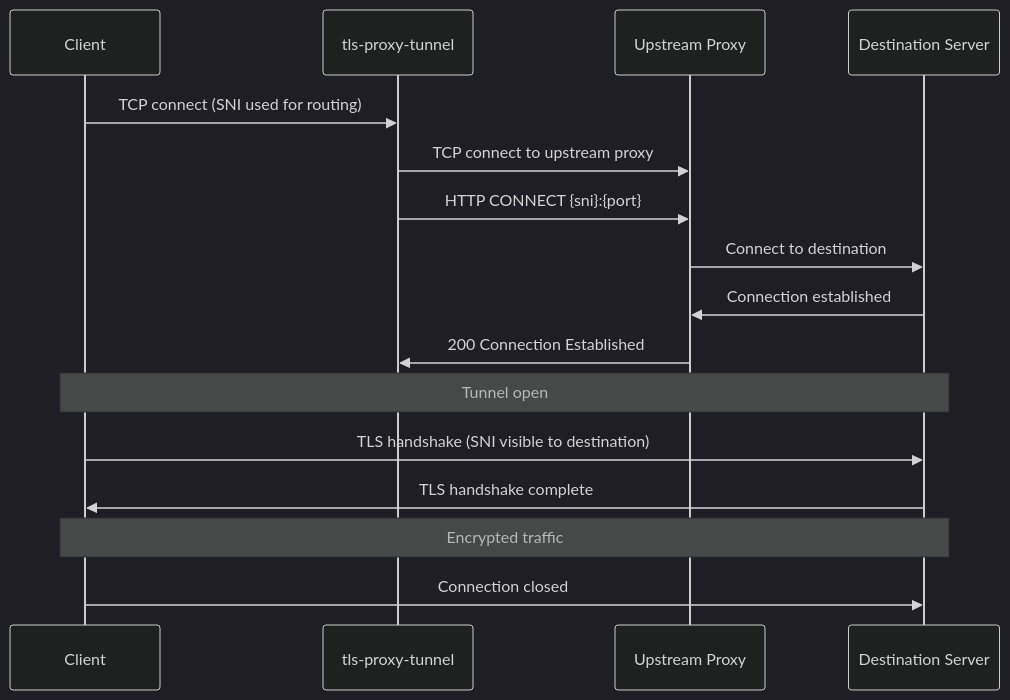
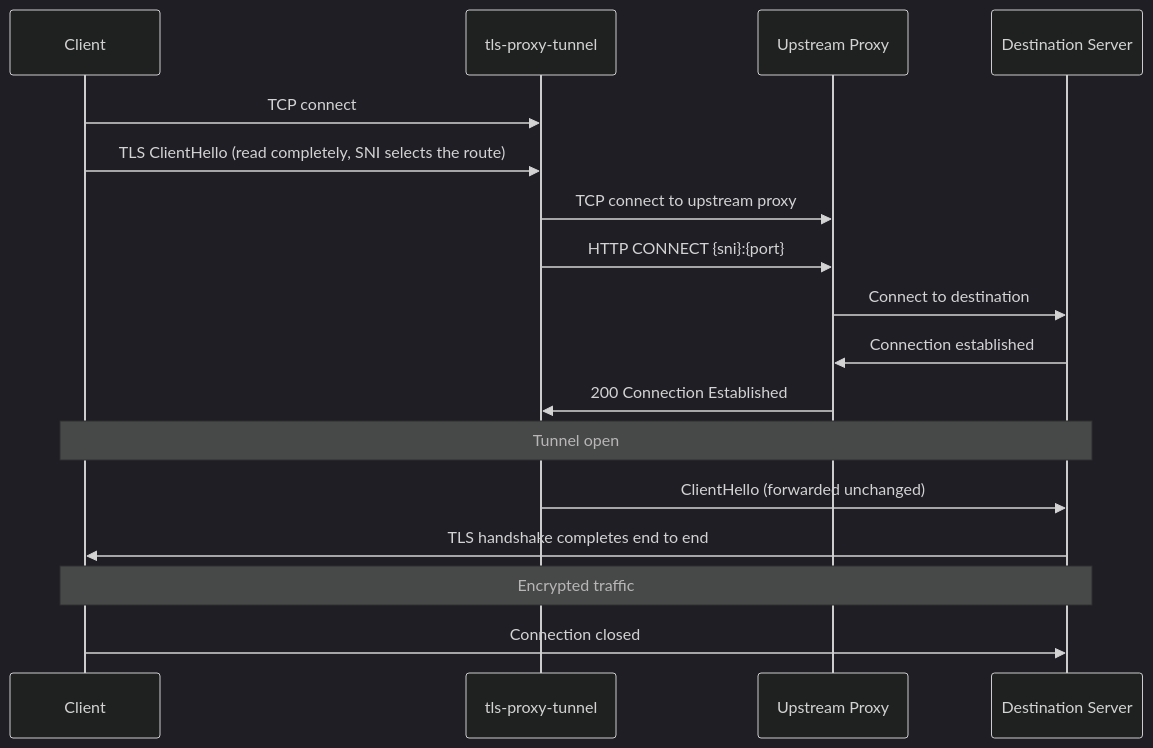
Before and after one commit to git001/tls-proxy-tunnel: the diagram in README.md, drawn with Mermaid (dark theme). The commit also changed other lines of this file and 33 other files, not shown here.

````diff
--- a/README.md
+++ b/README.md
@@ -21,19 +24,20 @@
 ```mermaid
 sequenceDiagram
   participant CL AS Client
   participant LP AS tls-proxy-tunnel
   participant UP AS Upstream Proxy
   participant DS AS Destination Server
 
-  CL->>LP: TCP connect (SNI used for routing)
+  CL->>LP: TCP connect
+  CL->>LP: TLS ClientHello (read completely, SNI selects the route)
   LP->>UP: TCP connect to upstream proxy
   LP->>UP: HTTP CONNECT {sni}:{port}
   UP->>DS: Connect to destination
   DS->>UP: Connection established
   UP->>LP: 200 Connection Established
   Note over CL,DS: Tunnel open
-  CL->>DS: TLS handshake (SNI visible to destination)
-  DS->>CL: TLS handshake complete
+  LP->>DS: ClientHello (forwarded unchanged)
+  DS->>CL: TLS handshake completes end to end
   Note over CL,DS: Encrypted traffic
   CL->>DS: Connection closed
 ```
````
